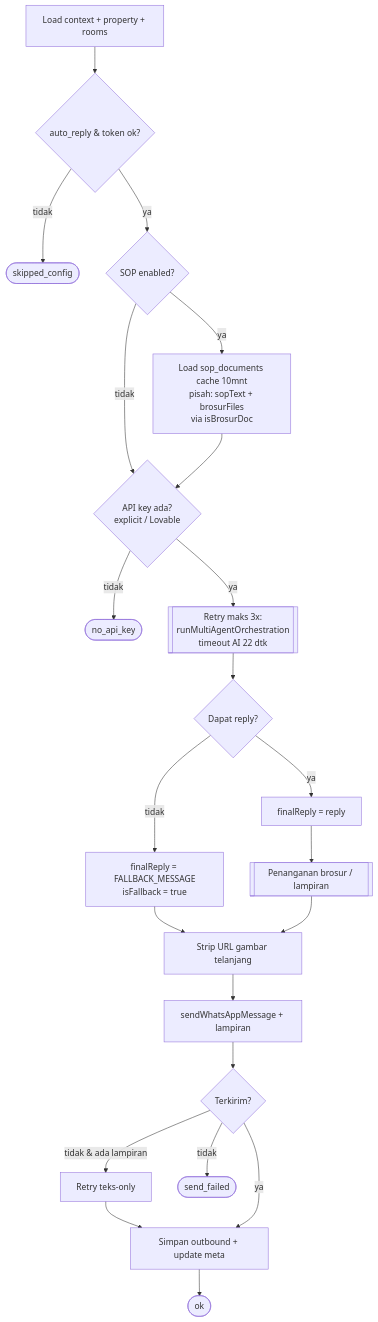
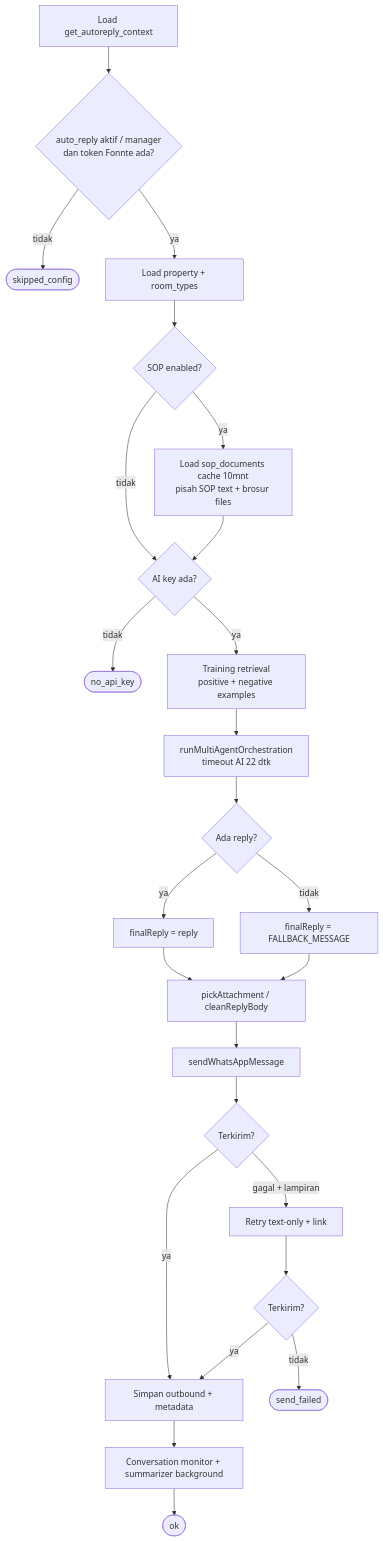
One commit to pomahguesthouse-cyber/new-pomah changed the third of 6 diagrams in docs/chatbot-flow.md. Above: the diagram before and after it, drawn with Mermaid. The commit also changed other lines of this file, not shown here.

Commit message:
docs: align chatbot flow with queue pipeline

````diff
--- a/docs/chatbot-flow.md
+++ b/docs/chatbot-flow.md
@@ -46,24 +75,27 @@
 ```mermaid
 flowchart TD
-    A[Load context + property + rooms] --> B{auto_reply & token ok?}
+    A[Load get_autoreply_context] --> B{auto_reply aktif / manager<br/>dan token Fonnte ada?}
     B -- tidak --> X1([skipped_config])
-    B -- ya --> C{SOP enabled?}
-    C -- ya --> D[Load sop_documents cache 10mnt<br/>pisah: sopText + brosurFiles<br/>via isBrosurDoc]
-    C -- tidak --> E
-    D --> E{API key ada?<br/>explicit / Lovable}
-    E -- tidak --> X2([no_api_key])
-    E -- ya --> F[[Retry maks 3x:<br/>runMultiAgentOrchestration<br/>timeout AI 22 dtk]]
-    F --> G{Dapat reply?}
-    G -- ya --> H[finalReply = reply]
-    G -- tidak --> H2[finalReply = FALLBACK_MESSAGE<br/>isFallback = true]
-    H --> I[[Penanganan brosur / lampiran]]
-    H2 --> J
-    I --> J[Strip URL gambar telanjang]
-    J --> K[sendWhatsAppMessage + lampiran]
-    K --> L{Terkirim?}
-    L -- tidak & ada lampiran --> M[Retry teks-only]
-    M --> N
-    L -- ya --> N[Simpan outbound + update meta]
-    L -- tidak --> X3([send_failed])
-    N --> OK([ok])
+    B -- ya --> C[Load property + room_types]
+    C --> D{SOP enabled?}
+    D -- ya --> E[Load sop_documents cache 10mnt<br/>pisah SOP text + brosur files]
+    D -- tidak --> F
+    E --> F{AI key ada?}
+    F -- tidak --> X2([no_api_key])
+    F -- ya --> G[Training retrieval<br/>positive + negative examples]
+    G --> H[runMultiAgentOrchestration<br/>timeout AI 22 dtk]
+    H --> I{Ada reply?}
+    I -- ya --> J[finalReply = reply]
+    I -- tidak --> K[finalReply = FALLBACK_MESSAGE]
+    J --> L[pickAttachment / cleanReplyBody]
+    K --> L
+    L --> M[sendWhatsAppMessage]
+    M --> N{Terkirim?}
+    N -- gagal + lampiran --> O[Retry text-only + link]
+    O --> P{Terkirim?}
+    N -- ya --> Q[Simpan outbound + metadata]
+    P -- ya --> Q
+    P -- tidak --> X3([send_failed])
+    Q --> R[Conversation monitor + summarizer background]
+    R --> OK([ok])
 ```
````
